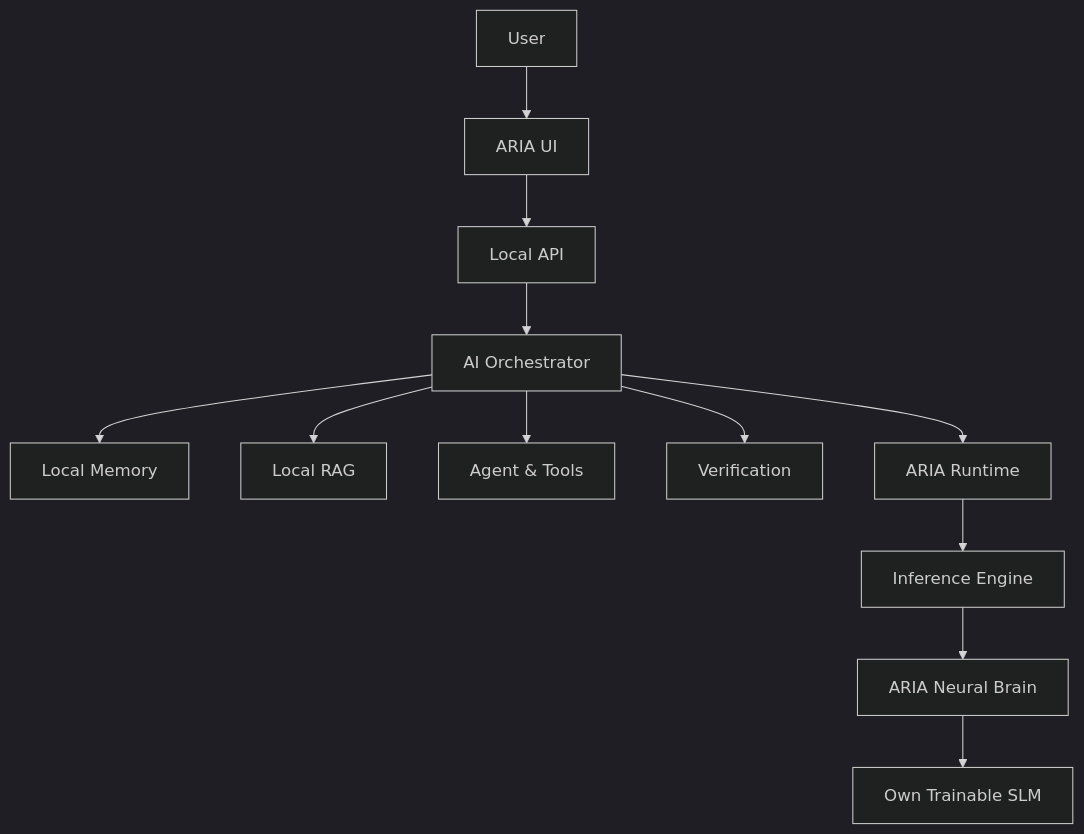
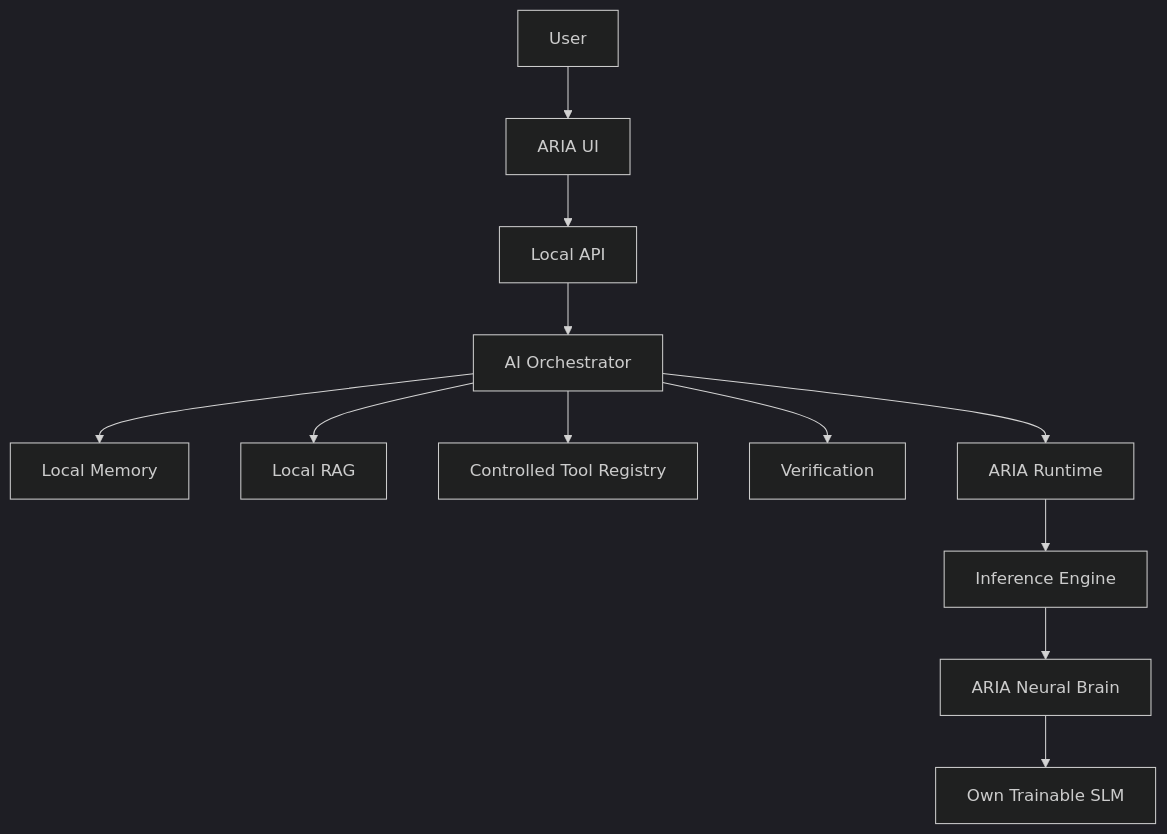
Before and after one commit to chamanvashishth/ARIA: the first of 4 diagrams in README.md, drawn with Mermaid (dark theme). The commit also changed other lines of this file, not shown here.

Commit message:
Document controlled local tool registry and Block 11 status

```diff
--- a/README.md
+++ b/README.md
@@ -68,16 +68,16 @@
 ~~~mermaid
 flowchart TD
     U[User] --> UI[ARIA UI]
     UI --> API[Local API]
     API --> ORCH[AI Orchestrator]
 
     ORCH --> MEM[Local Memory]
     ORCH --> RAG[Local RAG]
-    ORCH --> AGENT[Agent & Tools]
+    ORCH --> AGENT[Controlled Tool Registry]
     ORCH --> VERIFY[Verification]
 
     ORCH --> RUNTIME[ARIA Runtime]
     RUNTIME --> INF[Inference Engine]
     INF --> BRAIN[ARIA Neural Brain]
     BRAIN --> SLM[Own Trainable SLM]
 ~~~
```
